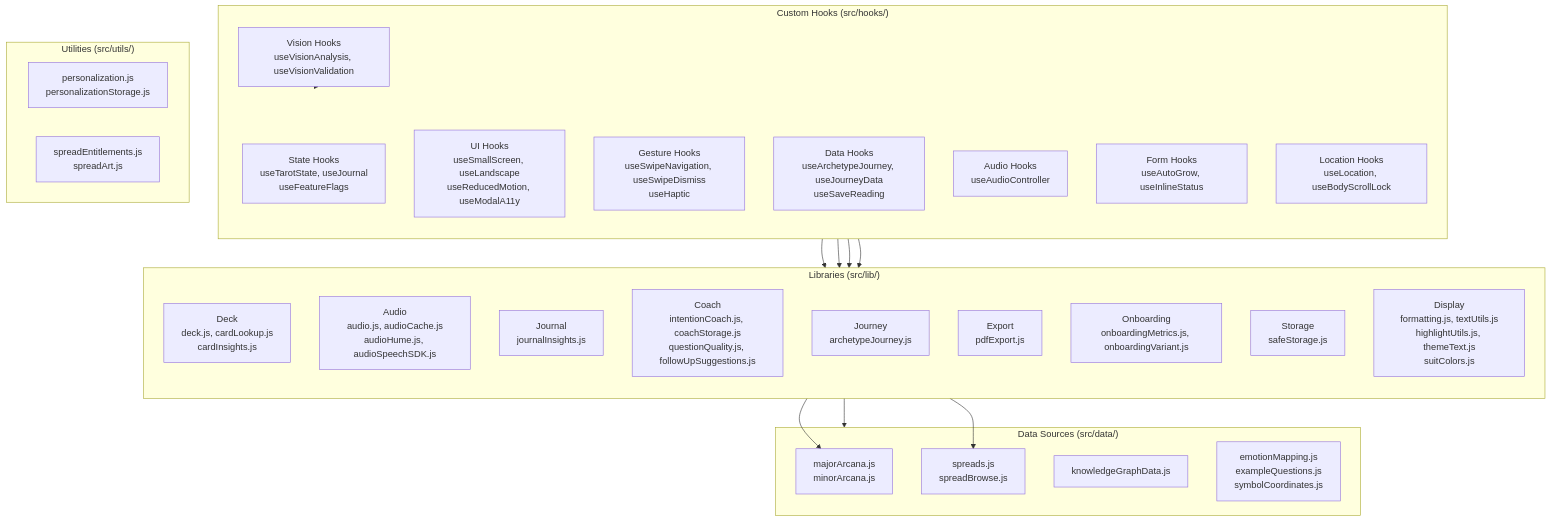
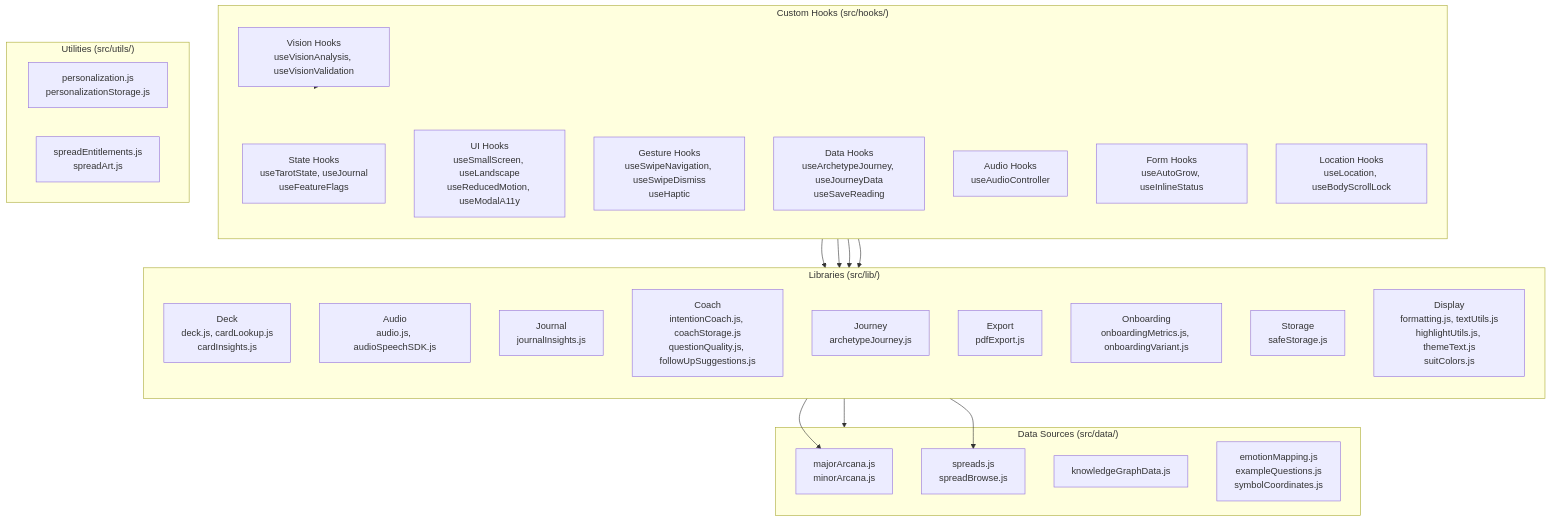
Before and after one commit to henryperkins/tarot: the third of 17 diagrams in docs/architecture/full-system-diagrams.md, drawn with Mermaid. The commit also changed other lines of this file and 113 other files, not shown here.

````diff
--- a/docs/architecture/full-system-diagrams.md
+++ b/docs/architecture/full-system-diagrams.md
@@ -134,48 +132,48 @@
 ```mermaid
 graph TB
     subgraph Hooks["Custom Hooks (src/hooks/)"]
         direction TB
         StateHooks["State Hooks<br>useTarotState, useJournal<br>useFeatureFlags"]
         UIHooks["UI Hooks<br>useSmallScreen, useLandscape<br>useReducedMotion, useModalA11y"]
         GestureHooks["Gesture Hooks<br>useSwipeNavigation, useSwipeDismiss<br>useHaptic"]
         DataHooks["Data Hooks<br>useArchetypeJourney, useJourneyData<br>useSaveReading"]
         AudioHooks["Audio Hooks<br>useAudioController"]
         VisionHooks["Vision Hooks<br>useVisionAnalysis, useVisionValidation"]
         FormHooks["Form Hooks<br>useAutoGrow, useInlineStatus"]
         LocationHooks["Location Hooks<br>useLocation, useBodyScrollLock"]
     end
 
     subgraph Libs["Libraries (src/lib/)"]
         direction TB
         DeckLib["Deck<br>deck.js, cardLookup.js<br>cardInsights.js"]
-        AudioLib["Audio<br>audio.js, audioCache.js<br>audioHume.js, audioSpeechSDK.js"]
+        AudioLib["Audio<br>audio.js, audioSpeechSDK.js"]
         JournalLib["Journal<br>journalInsights.js"]
         CoachLib["Coach<br>intentionCoach.js, coachStorage.js<br>questionQuality.js, followUpSuggestions.js"]
         JourneyLib["Journey<br>archetypeJourney.js"]
         ExportLib["Export<br>pdfExport.js"]
         OnboardLib["Onboarding<br>onboardingMetrics.js, onboardingVariant.js"]
         StorageLib["Storage<br>safeStorage.js"]
         DisplayLib["Display<br>formatting.js, textUtils.js<br>highlightUtils.js, themeText.js<br>suitColors.js"]
     end
 
     subgraph Utils["Utilities (src/utils/)"]
         Personalization["personalization.js<br>personalizationStorage.js"]
         SpreadUtils["spreadEntitlements.js<br>spreadArt.js"]
     end
 
     subgraph Data["Data Sources (src/data/)"]
         Cards["majorArcana.js<br>minorArcana.js"]
         Spreads["spreads.js<br>spreadBrowse.js"]
         Knowledge["knowledgeGraphData.js"]
         Content["emotionMapping.js<br>exampleQuestions.js<br>symbolCoordinates.js"]
     end
 
     StateHooks --> DeckLib
     StateHooks --> AudioLib
     DataHooks --> JourneyLib
     DataHooks --> JournalLib
     VisionHooks --> Hooks
     DeckLib --> Cards
     DeckLib --> Spreads
     CoachLib --> Data
 ```
````
